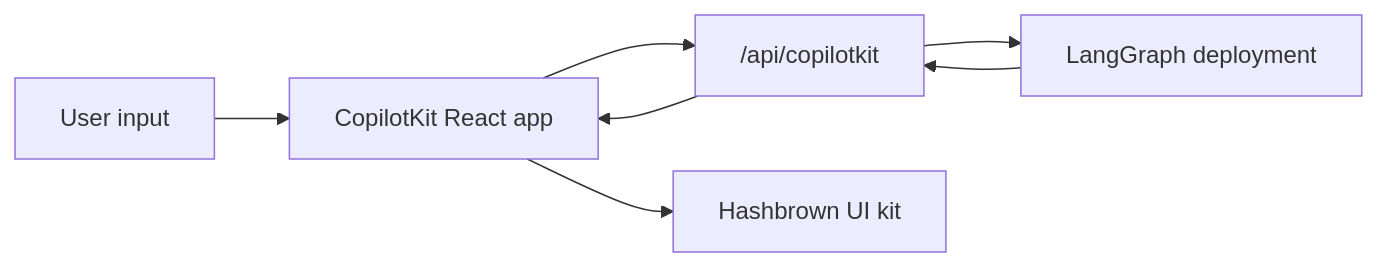
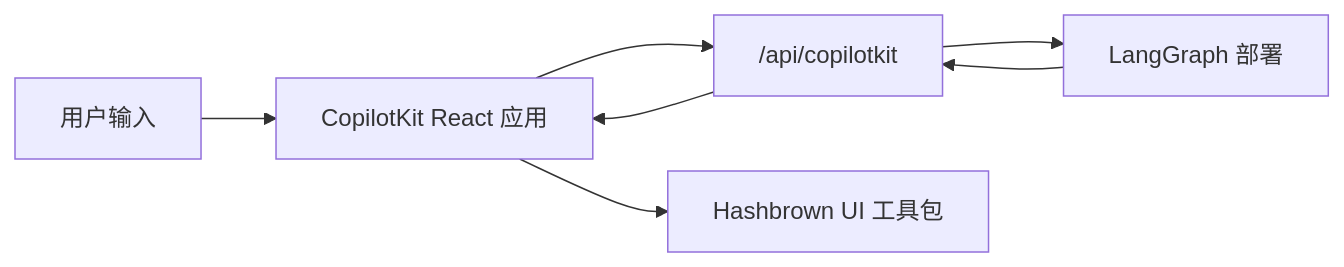
The diagram in oss/python/langchain/frontend/integrations/copilotkit.mdx (kunfan96/cndocs-langchain), drawn with Mermaid before and after one commit. The commit also changed other lines of this file and 1030 other files, not shown here.

````diff
--- a/oss/python/langchain/frontend/integrations/copilotkit.mdx
+++ b/oss/python/langchain/frontend/integrations/copilotkit.mdx
@@ -32,23 +32,23 @@
 ```mermaid
 %%{
   init: {
     "fontFamily": "monospace",
     "flowchart": {
       "curve": "curve"
     }
   }
 }%%
 graph LR
-  USER["User input"]
-  UI["CopilotKit React app"]
+  USER["用户输入"]
+  UI["CopilotKit React 应用"]
   ENDPOINT["/api/copilotkit"]
-  GRAPH["LangGraph deployment"]
-  RENDER["Hashbrown UI kit"]
+  GRAPH["LangGraph 部署"]
+  RENDER["Hashbrown UI 工具包"]
 
   USER --> UI
   UI --> ENDPOINT
   ENDPOINT --> GRAPH
   GRAPH --> ENDPOINT
   ENDPOINT --> UI
   UI --> RENDER
 ```
````
